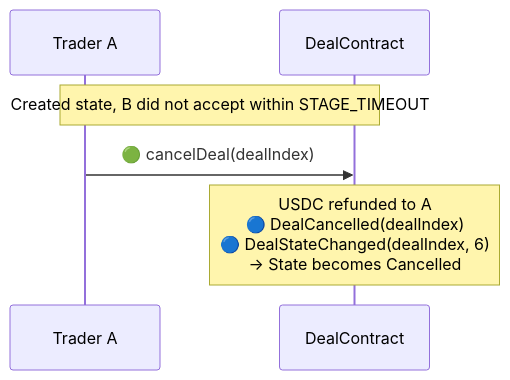
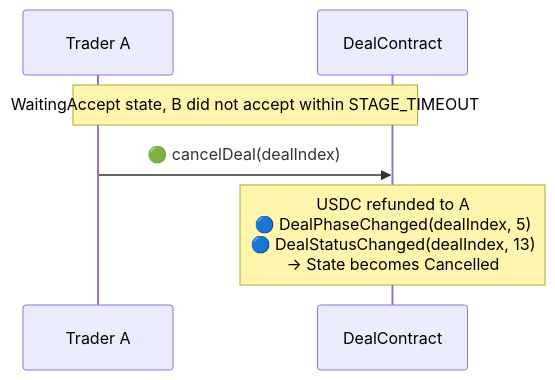
One commit to synctxai/synctx changed the third of 9 diagrams in examples/x-quote/x-quote-design.md. Above: the diagram before and after it, drawn with Mermaid. The commit also changed other lines of this file and 74 other files, not shown here.

````diff
--- a/examples/x-quote/x-quote-design.md
+++ b/examples/x-quote/x-quote-design.md
@@ -326,9 +347,9 @@
 ```mermaid
 sequenceDiagram
     participant A as Trader A
     participant D as DealContract
 
-    Note over A,D: Created state, B did not accept within STAGE_TIMEOUT
+    Note over A,D: WaitingAccept state, B did not accept within STAGE_TIMEOUT
     A->>D: 🟢 cancelDeal(dealIndex)
-    Note over D: USDC refunded to A<br/>🔵 DealCancelled(dealIndex)<br/>🔵 DealStateChanged(dealIndex, 6)<br/>→ State becomes Cancelled
+    Note over D: USDC refunded to A<br/>🔵 DealPhaseChanged(dealIndex, 5)<br/>🔵 DealStatusChanged(dealIndex, 13)<br/>→ State becomes Cancelled
 ```
````
